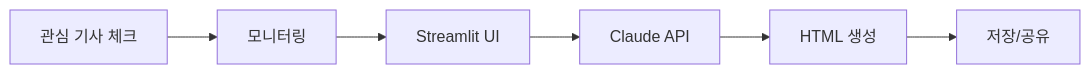
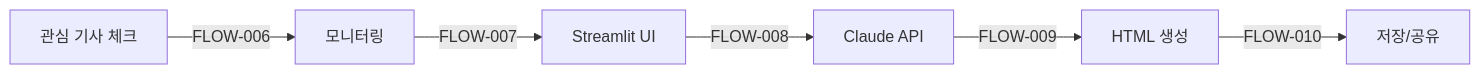
The second of 2 diagrams in INTEGRATED_PROJECT_GUIDE.md (zwtiger04/AI-Agent-Full-Stack-Developer), drawn with Mermaid before and after one commit. The commit also changed other lines of this file and 20 other files, not shown here.

````diff
--- a/INTEGRATED_PROJECT_GUIDE.md
+++ b/INTEGRATED_PROJECT_GUIDE.md
@@ -45,8 +55,8 @@
 ```mermaid
 graph LR
-    A[관심 기사 체크] --> B[모니터링]
-    B --> C[Streamlit UI]
-    C --> D[Claude API]
-    D --> E[HTML 생성]
-    E --> F[저장/공유]
+    A[관심 기사 체크] -->|FLOW-006| B[모니터링]
+    B -->|FLOW-007| C[Streamlit UI]
+    C -->|FLOW-008| D[Claude API]
+    D -->|FLOW-009| E[HTML 생성]
+    E -->|FLOW-010| F[저장/공유]
 ```
````
